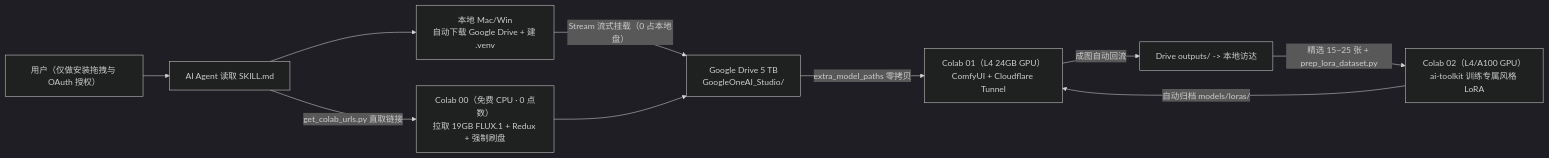
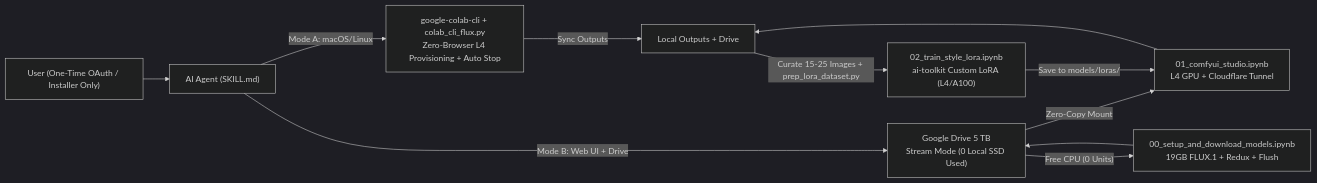
The diagram in README.md (zhaoyibo2014/google-one-ai-kit), drawn with Mermaid (dark theme) before and after one commit. The commit also changed other lines of this file and 4 other files, not shown here.

Commit message:
docs: rename to colab_cli_flux, switch default README to English with EN/ZH toggle

````diff
--- a/README.md
+++ b/README.md
@@ -21,12 +24,13 @@
 ```mermaid
 flowchart LR
-    U["用户（仅做安装拖拽与 OAuth 授权）"] --> A["AI Agent 读取 SKILL.md"]
-    A --> P0["本地 Mac/Win\n自动下载 Google Drive + 建 .venv"]
-    P0 -->|"Stream 流式挂载（0 占本地盘）"| D["Google Drive 5 TB\nGoogleOneAI_Studio/"]
-    A -->|"get_colab_urls.py 直取链接"| N0["Colab 00（免费 CPU · 0 点数）\n拉取 19GB FLUX.1 + Redux + 强制刷盘"]
+    U["User (One-Time OAuth / Installer Only)"] --> A["AI Agent (SKILL.md)"]
+    A -->|"Mode A: macOS/Linux"| CLI["google-colab-cli + colab_cli_flux.py\nZero-Browser L4 Provisioning + Auto Stop"]
+    A -->|"Mode B: Web UI + Drive"| D["Google Drive 5 TB\nStream Mode (0 Local SSD Used)"]
+    CLI -->|"Sync Outputs"| OUT["Local Outputs + Drive"]
+    D -->|"Free CPU (0 Units)"| N0["00_setup_and_download_models.ipynb\n19GB FLUX.1 + Redux + Flush"]
     N0 --> D
-    D -->|"extra_model_paths 零拷贝"| N1["Colab 01（L4 24GB GPU）\nComfyUI + Cloudflare Tunnel"]
-    N1 -->|"成图自动回流"| OUT["Drive outputs/ -> 本地访达"]
-    OUT -->|"精选 15~25 张 + prep_lora_dataset.py"| N2["Colab 02（L4/A100 GPU）\nai-toolkit 训练专属风格 LoRA"]
-    N2 -->|"自动归档 models/loras/"| N1
+    D -->|"Zero-Copy Mount"| N1["01_comfyui_studio.ipynb\nL4 GPU + Cloudflare Tunnel"]
+    N1 --> OUT
+    OUT -->|"Curate 15-25 Images + prep_lora_dataset.py"| N2["02_train_style_lora.ipynb\nai-toolkit Custom LoRA (L4/A100)"]
+    N2 -->|"Save to models/loras/"| N1
 ```
````
